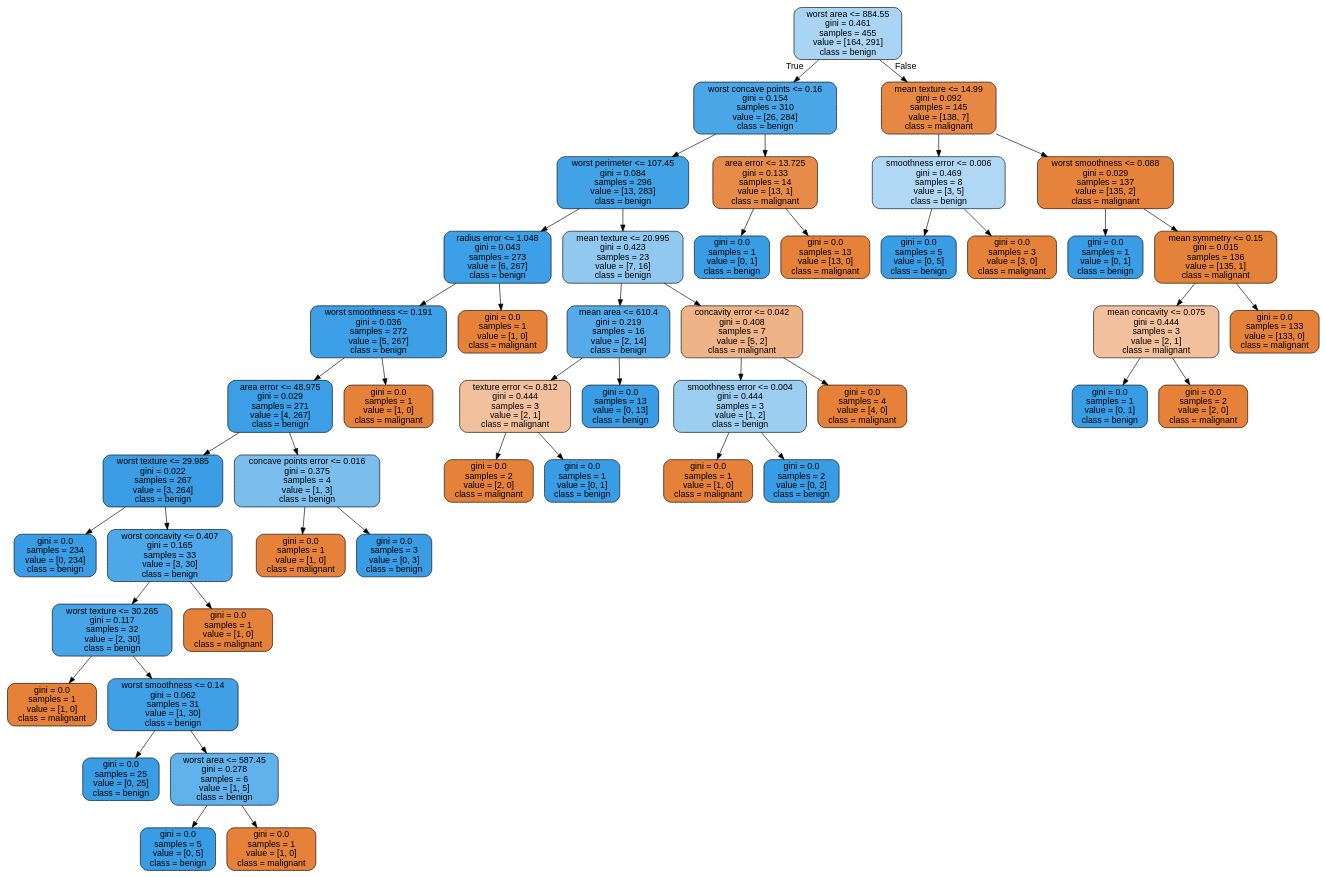
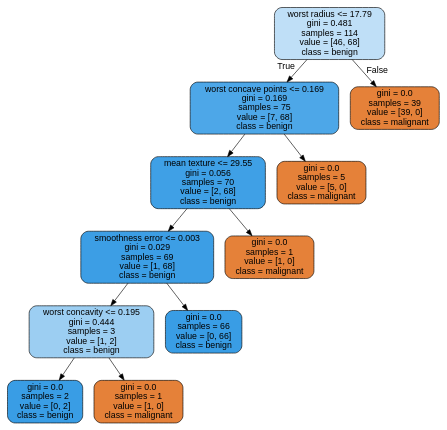
Before and after one commit to JoseDeJesusMendozaBecerril/Practica4_MineriaDeDatos: the diagram in images/decision_trees/cancer_tree_test.dot, drawn with Graphviz. The commit also changed 10 other files, not shown here.

```diff
--- a/images/decision_trees/cancer_tree_test.dot
+++ b/images/decision_trees/cancer_tree_test.dot
@@ -1,97 +1,25 @@
 digraph Tree {
 node [shape=box, style="filled, rounded", color="black", fontname=helvetica] ;
 edge [fontname=helvetica] ;
-0 [label="worst area <= 884.55\ngini = 0.461\nsamples = 455\nvalue = [164, 291]\nclass = benign", fillcolor="#a9d4f4"] ;
-1 [label="worst concave points <= 0.16\ngini = 0.154\nsamples = 310\nvalue = [26, 284]\nclass = benign", fillcolor="#4ba6e7"] ;
+0 [label="worst radius <= 17.79\ngini = 0.481\nsamples = 114\nvalue = [46, 68]\nclass = benign", fillcolor="#bfdff7"] ;
+1 [label="worst concave points <= 0.169\ngini = 0.169\nsamples = 75\nvalue = [7, 68]\nclass = benign", fillcolor="#4da7e8"] ;
 0 -> 1 [labeldistance=2.5, labelangle=45, headlabel="True"] ;
-2 [label="worst perimeter <= 107.45\ngini = 0.084\nsamples = 296\nvalue = [13, 283]\nclass = benign", fillcolor="#42a2e6"] ;
+2 [label="mean texture <= 29.55\ngini = 0.056\nsamples = 70\nvalue = [2, 68]\nclass = benign", fillcolor="#3fa0e6"] ;
 1 -> 2 ;
-3 [label="radius error <= 1.048\ngini = 0.043\nsamples = 273\nvalue = [6, 267]\nclass = benign", fillcolor="#3d9fe6"] ;
+3 [label="smoothness error <= 0.003\ngini = 0.029\nsamples = 69\nvalue = [1, 68]\nclass = benign", fillcolor="#3c9ee5"] ;
 2 -> 3 ;
-4 [label="worst smoothness <= 0.191\ngini = 0.036\nsamples = 272\nvalue = [5, 267]\nclass = benign", fillcolor="#3d9fe5"] ;
+4 [label="worst concavity <= 0.195\ngini = 0.444\nsamples = 3\nvalue = [1, 2]\nclass = benign", fillcolor="#9ccef2"] ;
 3 -> 4 ;
-5 [label="area error <= 48.975\ngini = 0.029\nsamples = 271\nvalue = [4, 267]\nclass = benign", fillcolor="#3c9ee5"] ;
+5 [label="gini = 0.0\nsamples = 2\nvalue = [0, 2]\nclass = benign", fillcolor="#399de5"] ;
 4 -> 5 ;
-6 [label="worst texture <= 29.985\ngini = 0.022\nsamples = 267\nvalue = [3, 264]\nclass = benign", fillcolor="#3b9ee5"] ;
-5 -> 6 ;
-7 [label="gini = 0.0\nsamples = 234\nvalue = [0, 234]\nclass = benign", fillcolor="#399de5"] ;
-6 -> 7 ;
-8 [label="worst concavity <= 0.407\ngini = 0.165\nsamples = 33\nvalue = [3, 30]\nclass = benign", fillcolor="#4da7e8"] ;
-6 -> 8 ;
-9 [label="worst texture <= 30.265\ngini = 0.117\nsamples = 32\nvalue = [2, 30]\nclass = benign", fillcolor="#46a4e7"] ;
-8 -> 9 ;
-10 [label="gini = 0.0\nsamples = 1\nvalue = [1, 0]\nclass = malignant", fillcolor="#e58139"] ;
-9 -> 10 ;
-11 [label="worst smoothness <= 0.14\ngini = 0.062\nsamples = 31\nvalue = [1, 30]\nclass = benign", fillcolor="#40a0e6"] ;
-9 -> 11 ;
-12 [label="gini = 0.0\nsamples = 25\nvalue = [0, 25]\nclass = benign", fillcolor="#399de5"] ;
-11 -> 12 ;
-13 [label="worst area <= 587.45\ngini = 0.278\nsamples = 6\nvalue = [1, 5]\nclass = benign", fillcolor="#61b1ea"] ;
-11 -> 13 ;
-14 [label="gini = 0.0\nsamples = 5\nvalue = [0, 5]\nclass = benign", fillcolor="#399de5"] ;
-13 -> 14 ;
-15 [label="gini = 0.0\nsamples = 1\nvalue = [1, 0]\nclass = malignant", fillcolor="#e58139"] ;
-13 -> 15 ;
-16 [label="gini = 0.0\nsamples = 1\nvalue = [1, 0]\nclass = malignant", fillcolor="#e58139"] ;
-8 -> 16 ;
-17 [label="concave points error <= 0.016\ngini = 0.375\nsamples = 4\nvalue = [1, 3]\nclass = benign", fillcolor="#7bbeee"] ;
-5 -> 17 ;
-18 [label="gini = 0.0\nsamples = 1\nvalue = [1, 0]\nclass = malignant", fillcolor="#e58139"] ;
-17 -> 18 ;
-19 [label="gini = 0.0\nsamples = 3\nvalue = [0, 3]\nclass = benign", fillcolor="#399de5"] ;
-17 -> 19 ;
-20 [label="gini = 0.0\nsamples = 1\nvalue = [1, 0]\nclass = malignant", fillcolor="#e58139"] ;
-4 -> 20 ;
-21 [label="gini = 0.0\nsamples = 1\nvalue = [1, 0]\nclass = malignant", fillcolor="#e58139"] ;
-3 -> 21 ;
-22 [label="mean texture <= 20.995\ngini = 0.423\nsamples = 23\nvalue = [7, 16]\nclass = benign", fillcolor="#90c8f0"] ;
-2 -> 22 ;
-23 [label="mean area <= 610.4\ngini = 0.219\nsamples = 16\nvalue = [2, 14]\nclass = benign", fillcolor="#55abe9"] ;
-22 -> 23 ;
-24 [label="texture error <= 0.812\ngini = 0.444\nsamples = 3\nvalue = [2, 1]\nclass = malignant", fillcolor="#f2c09c"] ;
-23 -> 24 ;
-25 [label="gini = 0.0\nsamples = 2\nvalue = [2, 0]\nclass = malignant", fillcolor="#e58139"] ;
-24 -> 25 ;
-26 [label="gini = 0.0\nsamples = 1\nvalue = [0, 1]\nclass = benign", fillcolor="#399de5"] ;
-24 -> 26 ;
-27 [label="gini = 0.0\nsamples = 13\nvalue = [0, 13]\nclass = benign", fillcolor="#399de5"] ;
-23 -> 27 ;
-28 [label="concavity error <= 0.042\ngini = 0.408\nsamples = 7\nvalue = [5, 2]\nclass = malignant", fillcolor="#efb388"] ;
-22 -> 28 ;
-29 [label="smoothness error <= 0.004\ngini = 0.444\nsamples = 3\nvalue = [1, 2]\nclass = benign", fillcolor="#9ccef2"] ;
-28 -> 29 ;
-30 [label="gini = 0.0\nsamples = 1\nvalue = [1, 0]\nclass = malignant", fillcolor="#e58139"] ;
-29 -> 30 ;
-31 [label="gini = 0.0\nsamples = 2\nvalue = [0, 2]\nclass = benign", fillcolor="#399de5"] ;
-29 -> 31 ;
-32 [label="gini = 0.0\nsamples = 4\nvalue = [4, 0]\nclass = malignant", fillcolor="#e58139"] ;
-28 -> 32 ;
-33 [label="area error <= 13.725\ngini = 0.133\nsamples = 14\nvalue = [13, 1]\nclass = malignant", fillcolor="#e78b48"] ;
-1 -> 33 ;
-34 [label="gini = 0.0\nsamples = 1\nvalue = [0, 1]\nclass = benign", fillcolor="#399de5"] ;
-33 -> 34 ;
-35 [label="gini = 0.0\nsamples = 13\nvalue = [13, 0]\nclass = malignant", fillcolor="#e58139"] ;
-33 -> 35 ;
-36 [label="mean texture <= 14.99\ngini = 0.092\nsamples = 145\nvalue = [138, 7]\nclass = malignant", fillcolor="#e68743"] ;
-0 -> 36 [labeldistance=2.5, labelangle=-45, headlabel="False"] ;
-37 [label="smoothness error <= 0.006\ngini = 0.469\nsamples = 8\nvalue = [3, 5]\nclass = benign", fillcolor="#b0d8f5"] ;
-36 -> 37 ;
-38 [label="gini = 0.0\nsamples = 5\nvalue = [0, 5]\nclass = benign", fillcolor="#399de5"] ;
-37 -> 38 ;
-39 [label="gini = 0.0\nsamples = 3\nvalue = [3, 0]\nclass = malignant", fillcolor="#e58139"] ;
-37 -> 39 ;
-40 [label="worst smoothness <= 0.088\ngini = 0.029\nsamples = 137\nvalue = [135, 2]\nclass = malignant", fillcolor="#e5833c"] ;
-36 -> 40 ;
-41 [label="gini = 0.0\nsamples = 1\nvalue = [0, 1]\nclass = benign", fillcolor="#399de5"] ;
-40 -> 41 ;
-42 [label="mean symmetry <= 0.15\ngini = 0.015\nsamples = 136\nvalue = [135, 1]\nclass = malignant", fillcolor="#e5823a"] ;
-40 -> 42 ;
-43 [label="mean concavity <= 0.075\ngini = 0.444\nsamples = 3\nvalue = [2, 1]\nclass = malignant", fillcolor="#f2c09c"] ;
-42 -> 43 ;
-44 [label="gini = 0.0\nsamples = 1\nvalue = [0, 1]\nclass = benign", fillcolor="#399de5"] ;
-43 -> 44 ;
-45 [label="gini = 0.0\nsamples = 2\nvalue = [2, 0]\nclass = malignant", fillcolor="#e58139"] ;
-43 -> 45 ;
-46 [label="gini = 0.0\nsamples = 133\nvalue = [133, 0]\nclass = malignant", fillcolor="#e58139"] ;
-42 -> 46 ;
+6 [label="gini = 0.0\nsamples = 1\nvalue = [1, 0]\nclass = malignant", fillcolor="#e58139"] ;
+4 -> 6 ;
+7 [label="gini = 0.0\nsamples = 66\nvalue = [0, 66]\nclass = benign", fillcolor="#399de5"] ;
+3 -> 7 ;
+8 [label="gini = 0.0\nsamples = 1\nvalue = [1, 0]\nclass = malignant", fillcolor="#e58139"] ;
+2 -> 8 ;
+9 [label="gini = 0.0\nsamples = 5\nvalue = [5, 0]\nclass = malignant", fillcolor="#e58139"] ;
+1 -> 9 ;
+10 [label="gini = 0.0\nsamples = 39\nvalue = [39, 0]\nclass = malignant", fillcolor="#e58139"] ;
+0 -> 10 [labeldistance=2.5, labelangle=-45, headlabel="False"] ;
 }
```
